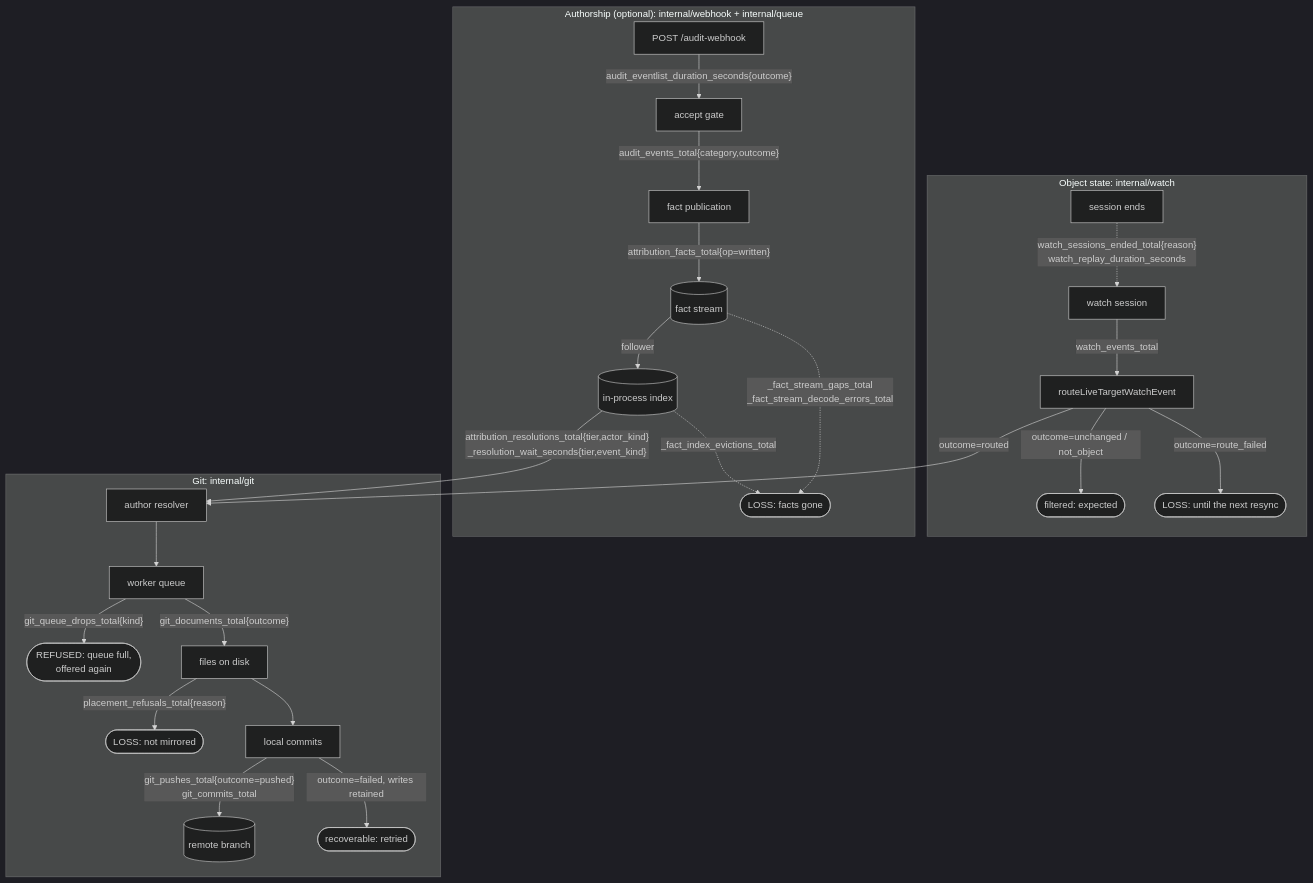
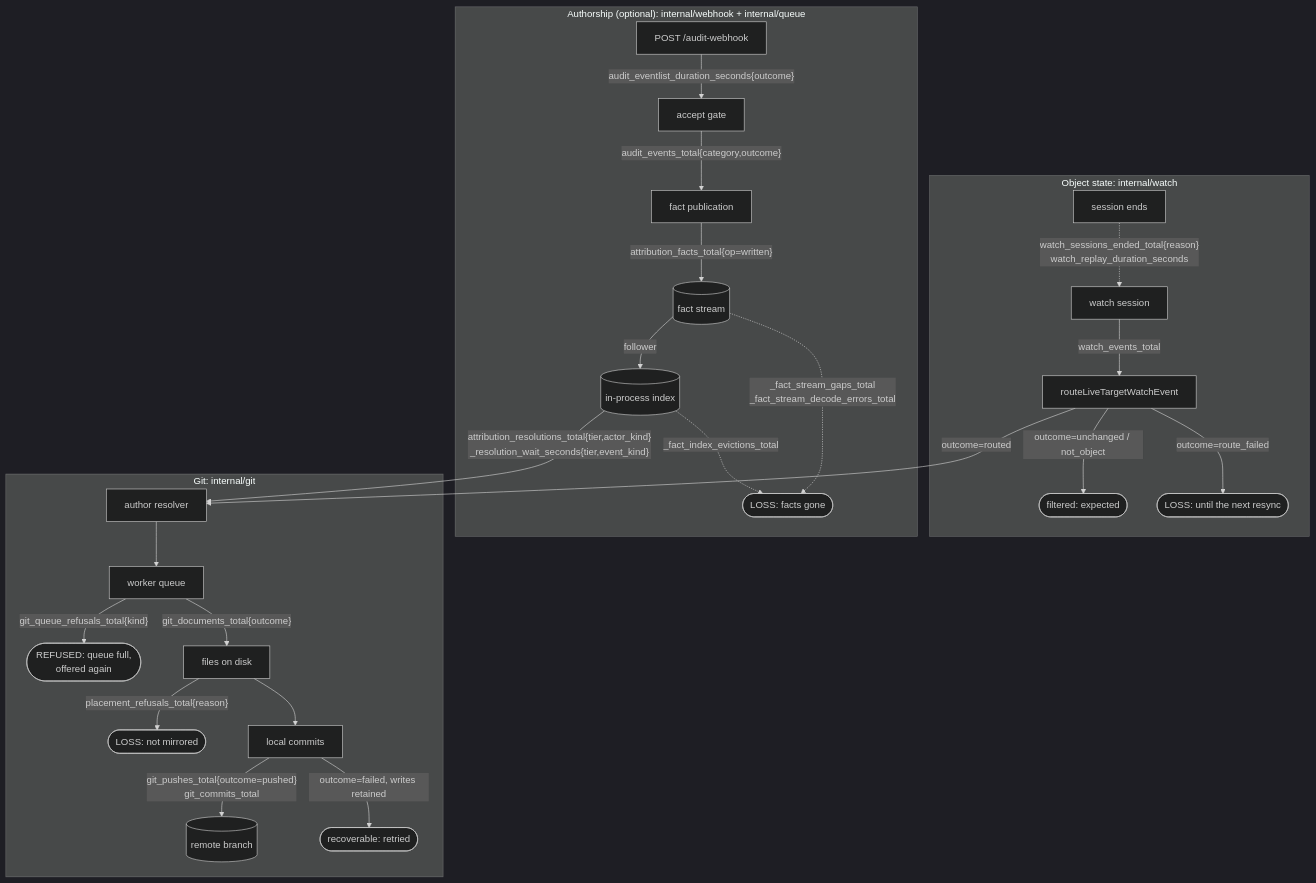
The diagram in docs/design/metrics-observability-plan.md (ConfigButler/gitops-reverser), drawn with Mermaid (dark theme) before and after one commit. The commit also changed other lines of this file and 14 other files, not shown here.

First line of the commit message:
refactor(git)!: rename git_queue_drops_total to git_queue_refusals_total

````diff
--- a/docs/design/metrics-observability-plan.md
+++ b/docs/design/metrics-observability-plan.md
@@ -261,28 +261,28 @@
 ```mermaid
 flowchart TB
     subgraph WATCHPATH["Object state: internal/watch"]
         W["watch session"] -->|"watch_events_total"| R["routeLiveTargetWatchEvent"]
         WS["session ends"] -.->|"watch_sessions_ended_total{reason}<br/>watch_replay_duration_seconds"| W
         R -->|"outcome=unchanged / not_object"| DROPF(["filtered: expected"])
         R -->|"outcome=route_failed"| DROPR(["LOSS: until the next resync"])
     end
     subgraph AUDITPATH["Authorship (optional): internal/webhook + internal/queue"]
         A["POST /audit-webhook"] -->|"audit_eventlist_duration_seconds{outcome}"| AG["accept gate"]
         AG -->|"audit_events_total{category,outcome}"| AF["fact publication"]
         AF -->|"attribution_facts_total{op=written}"| AS[("fact stream")]
         AS -->|"follower"| AI[("in-process index")]
         AS -.->|"_fact_stream_gaps_total<br/>_fact_stream_decode_errors_total"| ALOSS(["LOSS: facts gone"])
         AI -.->|"_fact_index_evictions_total"| ALOSS
     end
     R -->|"outcome=routed"| RES["author resolver"]
     AI -->|"attribution_resolutions_total{tier,actor_kind}<br/>_resolution_wait_seconds{tier,event_kind}"| RES
     subgraph GITPATH["Git: internal/git"]
         RES --> Q["worker queue"]
-        Q -->|"git_queue_drops_total{kind}"| DROPQ(["REFUSED: queue full,<br/>offered again"])
+        Q -->|"git_queue_refusals_total{kind}"| DROPQ(["REFUSED: queue full,<br/>offered again"])
         Q -->|"git_documents_total{outcome}"| F["files on disk"]
         F -->|"placement_refusals_total{reason}"| DROPP(["LOSS: not mirrored"])
         F --> C["local commits"]
         C -->|"git_pushes_total{outcome=pushed}<br/>git_commits_total"| G[("remote branch")]
         C -->|"outcome=failed, writes retained"| RETRY(["recoverable: retried"])
     end
 ```
````
